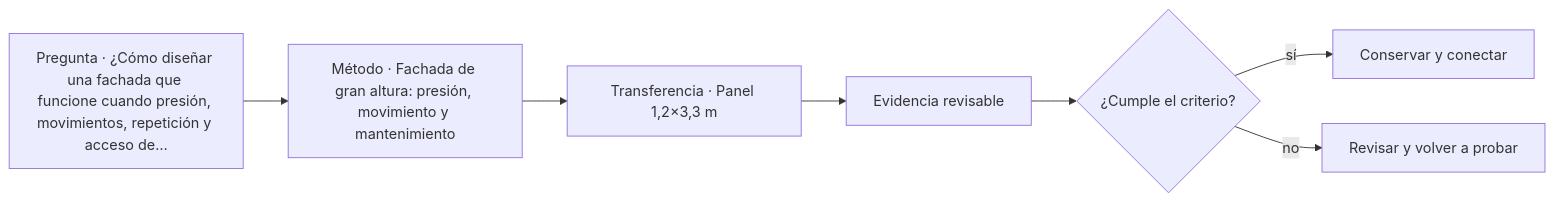
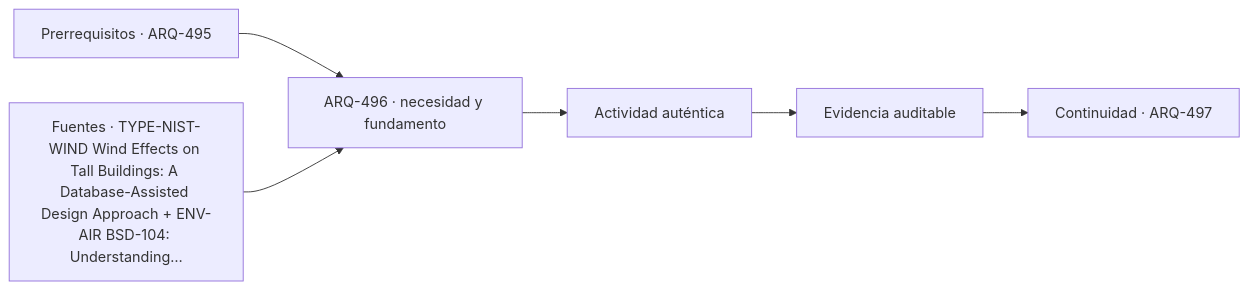
Before and after one commit to vladimiracunadev-create/architecture-built-environment-learning-program: the diagram in classes/parte-50/ARQ-496.md, drawn with Mermaid. The commit also changed other lines of this file and 761 other files, not shown here.

````diff
--- a/classes/parte-50/ARQ-496.md
+++ b/classes/parte-50/ARQ-496.md
@@ -89,9 +101,8 @@
 ```mermaid
 flowchart LR
-    Q["Pregunta · ¿Cómo diseñar una fachada que funcione cuando presión, movimientos, repetición y acceso de…"] --> M["Método · Fachada de gran altura: presión, movimiento y mantenimiento"]
-    M --> P["Transferencia · Panel 1,2×3,3 m"]
-    P --> E["Evidencia revisable"]
-    E --> C{"¿Cumple el criterio?"}
-    C -->|sí| T["Conservar y conectar"]
-    C -->|no| R["Revisar y volver a probar"]
+    A["Prerrequisitos · ARQ-495"] --> B["ARQ-496 · necesidad y fundamento"]
+    S["Fuentes · TYPE-NIST-WIND Wind Effects on Tall Buildings: A Database-Assisted Design Approach + ENV-AIR BSD-104: Understanding…"] --> B
+    B --> C["Actividad auténtica"]
+    C --> D["Evidencia auditable"]
+    D --> E["Continuidad · ARQ-497"]
 ```
````
